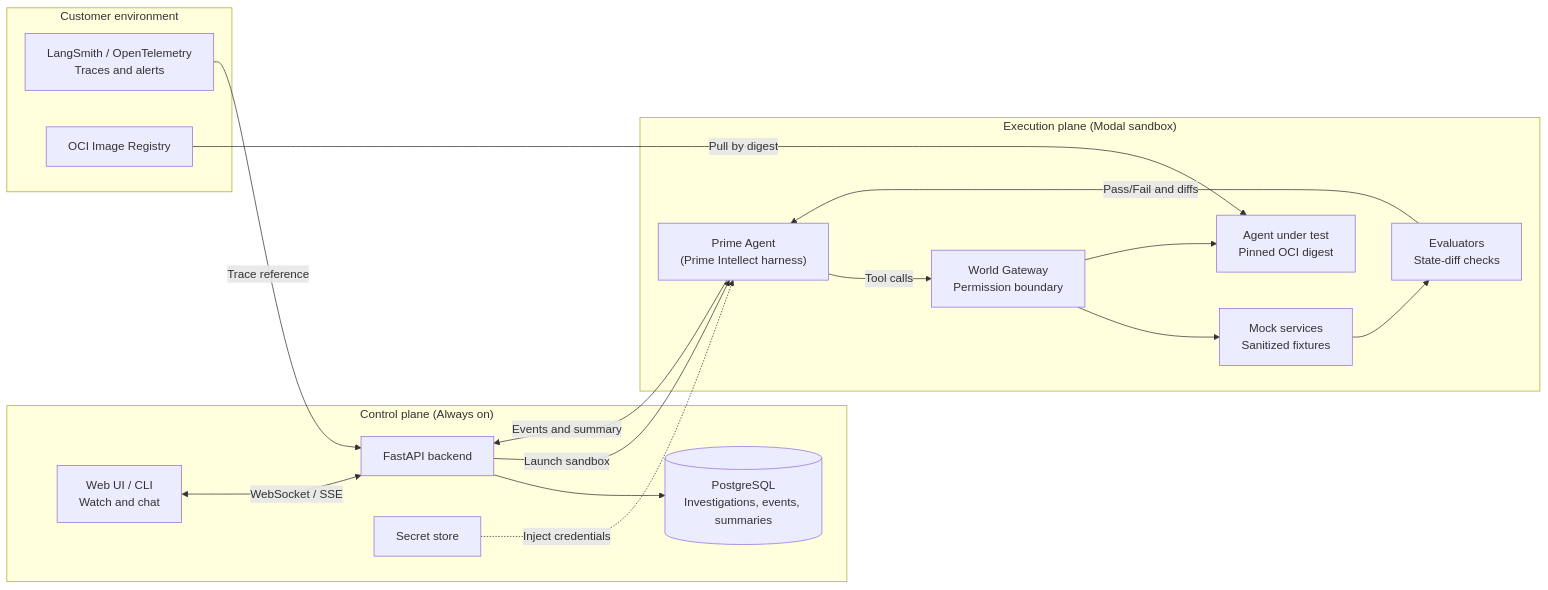
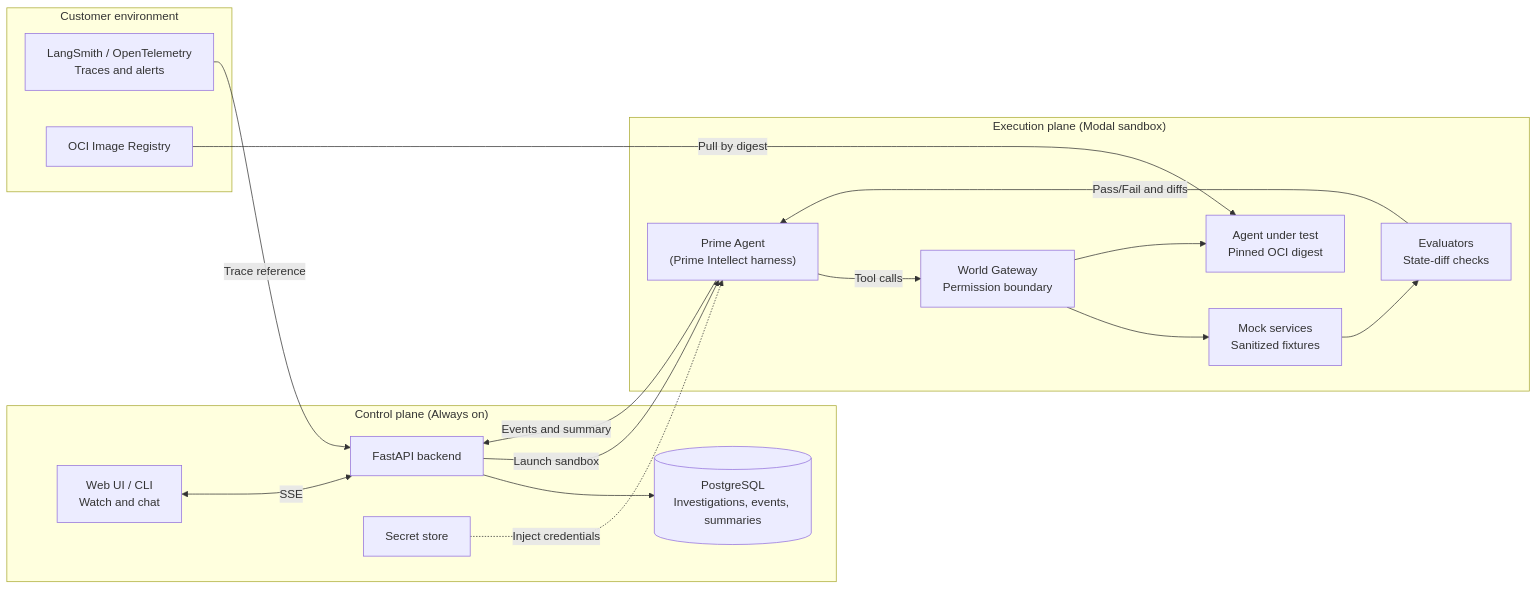
One commit to bamiboy237/simulate changed the first of 3 diagrams in ARCHITECTURE.md. Above: the diagram before and after it, drawn with Mermaid. The commit also changed other lines of this file and 40 other files, not shown here.

````diff
--- a/ARCHITECTURE.md
+++ b/ARCHITECTURE.md
@@ -48,35 +50,35 @@
 ```mermaid
 flowchart LR
     subgraph CUST["Customer environment"]
         LS["LangSmith / OpenTelemetry\nTraces and alerts"]
         REG["OCI Image Registry"]
     end
 
     subgraph CP["Control plane (Always on)"]
         UI["Web UI / CLI\nWatch and chat"]
         API["FastAPI backend"]
         PG[("PostgreSQL\nInvestigations, events, summaries")]
         SEC["Secret store"]
     end
 
     subgraph EP["Execution plane (Modal sandbox)"]
         PA["Prime Agent\n(Prime Intellect harness)"]
         GW["World Gateway\nPermission boundary"]
         MS["Mock services\nSanitized fixtures"]
         AUT["Agent under test\nPinned OCI digest"]
         EV["Evaluators\nState-diff checks"]
     end
 
     LS -- "Trace reference" --> API
-    UI <-- "WebSocket / SSE" --> API
+    UI <-- "SSE" --> API
     API --> PG
     API -- "Launch sandbox" --> PA
     SEC -. "Inject credentials" .-> PA
     REG -- "Pull by digest" --> AUT
     PA -- "Tool calls" --> GW
     GW --> MS
     GW --> AUT
     MS --> EV
     EV -- "Pass/Fail and diffs" --> PA
     PA -- "Events and summary" --> API
 ```
````
